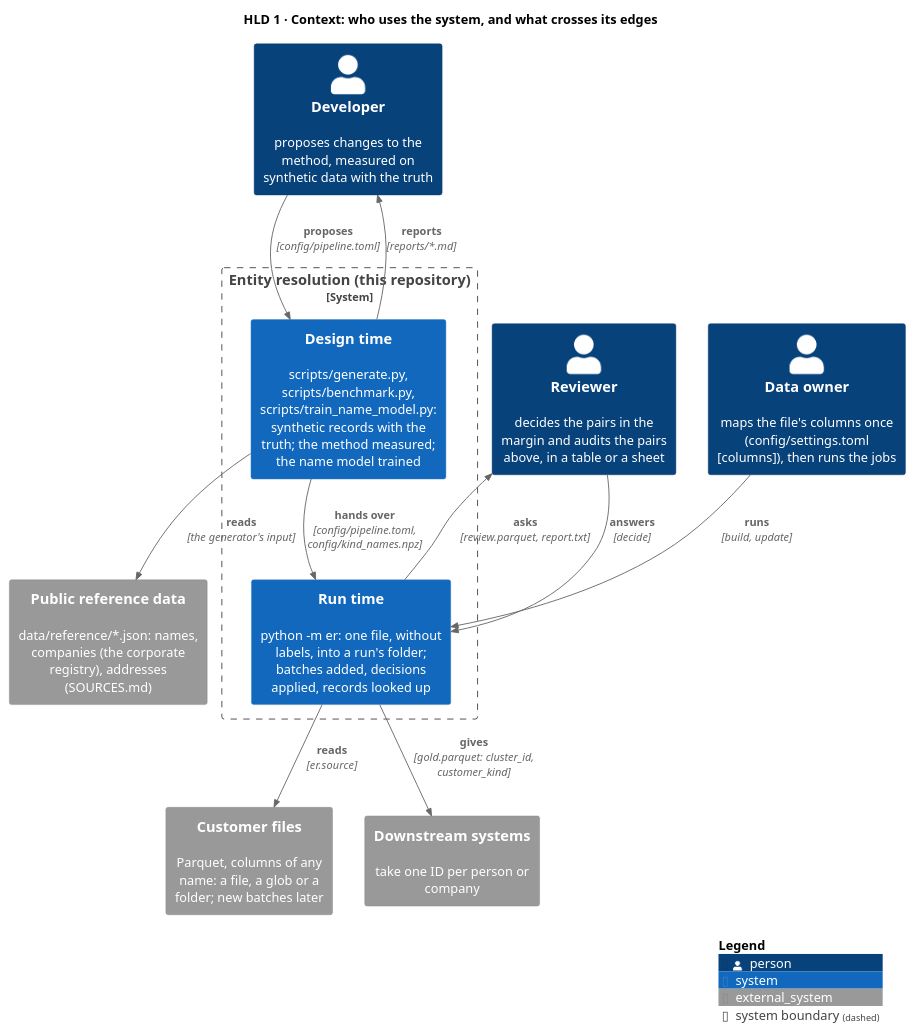
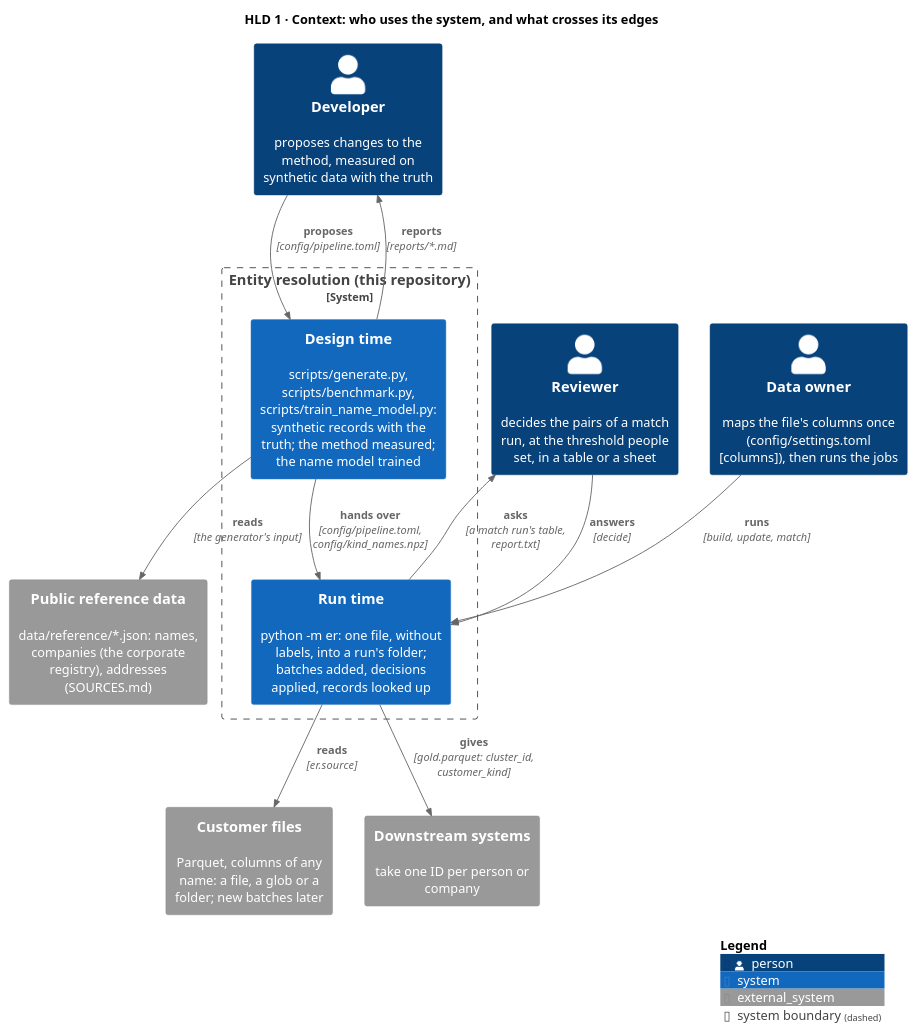
One commit to mvsbm/entity_matching changed the diagram in docs/diagrams/context.puml. Above: the diagram before and after it, drawn with PlantUML. The commit also changed 57 other files, not shown here.

```diff
--- a/docs/diagrams/context.puml
+++ b/docs/diagrams/context.puml
@@ -1,30 +1,30 @@
 @startuml context
 !include <C4/C4_Context>
 LAYOUT_TOP_DOWN()
 HIDE_STEREOTYPE()
 title HLD 1 · Context: who uses the system, and what crosses its edges
 
 Person(owner, "Data owner", "maps the file's columns once (config/settings.toml [columns]), then runs the jobs")
-Person(reviewer, "Reviewer", "decides the pairs in the margin and audits the pairs above, in a table or a sheet")
+Person(reviewer, "Reviewer", "decides the pairs of a match run, at the threshold people set, in a table or a sheet")
 Person(developer, "Developer", "proposes changes to the method, measured on synthetic data with the truth")
 
 System_Ext(files, "Customer files", "Parquet, columns of any name: a file, a glob or a folder; new batches later")
 System_Ext(reference, "Public reference data", "data/reference/*.json: names, companies (the corporate registry), addresses (SOURCES.md)")
 System_Ext(downstream, "Downstream systems", "take one ID per person or company")
 
 System_Boundary(er, "Entity resolution (this repository)") {
   System(runtime, "Run time", "python -m er: one file, without labels, into a run's folder; batches added, decisions applied, records looked up")
   System(design, "Design time", "scripts/generate.py, scripts/benchmark.py, scripts/train_name_model.py: synthetic records with the truth; the method measured; the name model trained")
 }
 
-Rel(owner, runtime, "runs", "build, update")
+Rel(owner, runtime, "runs", "build, update, match")
 Rel(runtime, files, "reads", "er.source")
 Rel(design, reference, "reads", "the generator's input")
 Rel(developer, design, "proposes", "config/pipeline.toml")
 Rel(design, developer, "reports", "reports/*.md")
 Rel(design, runtime, "hands over", "config/pipeline.toml, config/kind_names.npz")
-Rel(runtime, reviewer, "asks", "review.parquet, report.txt")
+Rel(runtime, reviewer, "asks", "a match run's table, report.txt")
 Rel(reviewer, runtime, "answers", "decide")
 Rel(runtime, downstream, "gives", "gold.parquet: cluster_id, customer_kind")
 SHOW_LEGEND()
 @enduml
```
